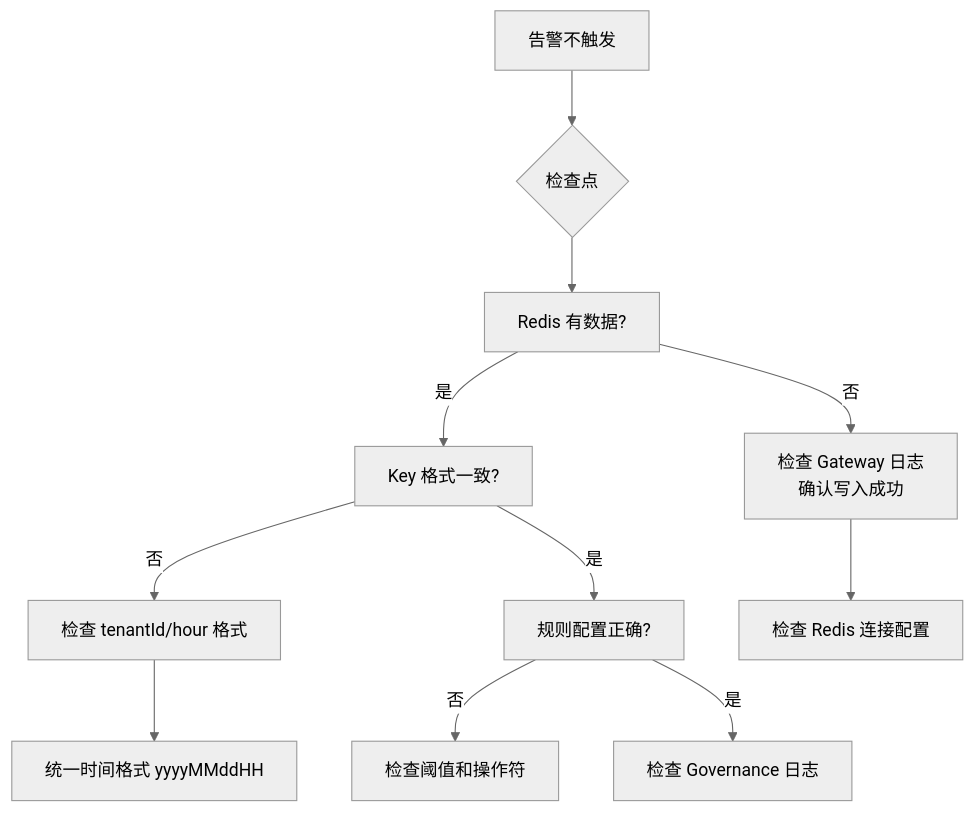
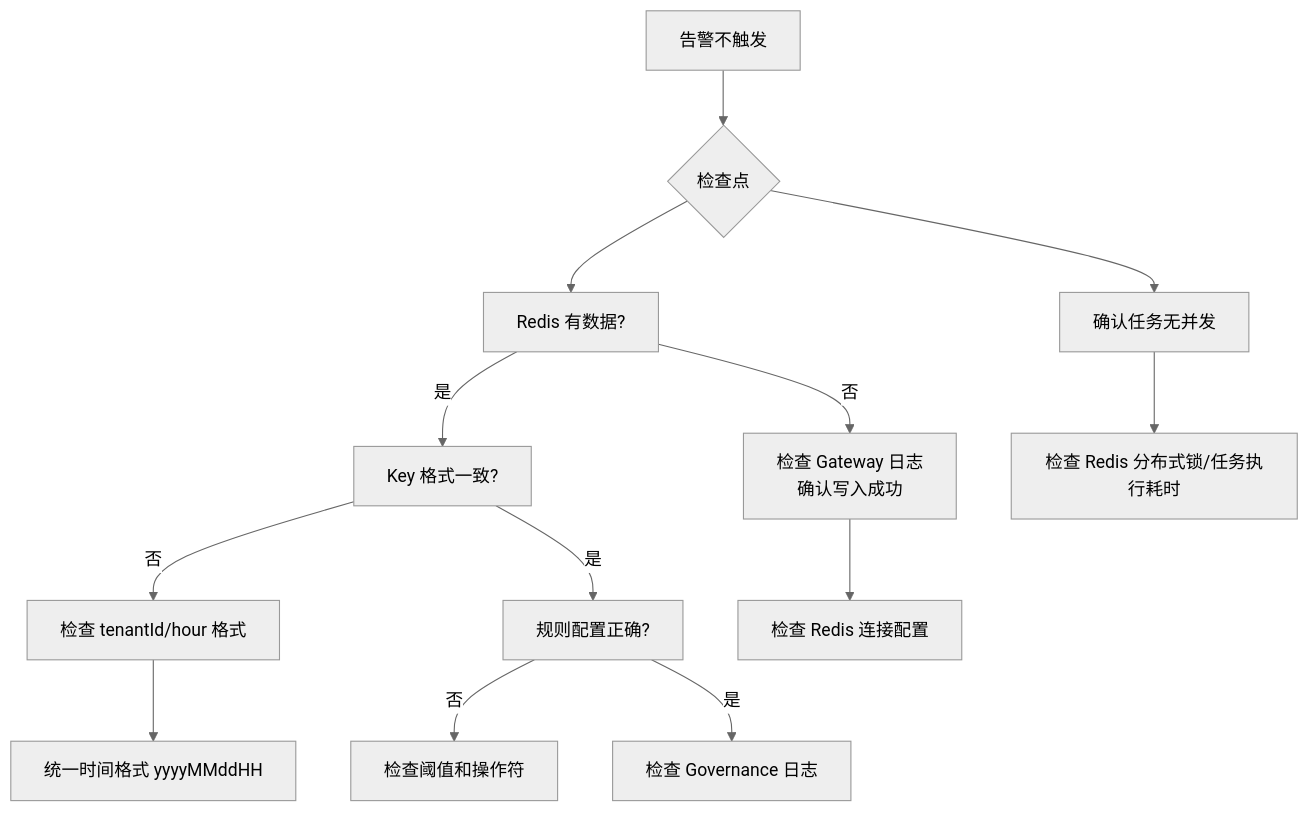
One commit to DevYangJC/intelli_hub changed the tenth of 10 diagrams in docs/告警系统流程说明书.md. Above: the diagram before and after it, drawn with Mermaid (neutral theme). The commit also changed other lines of this file and 59 other files, not shown here.

````diff
--- a/docs/告警系统流程说明书.md
+++ b/docs/告警系统流程说明书.md
@@ -375,17 +462,19 @@
 ```mermaid
 flowchart TD
     A[告警不触发] --> B{检查点}
     
     B --> C[Redis 有数据?]
     C -->|否| D[检查 Gateway 日志<br/>确认写入成功]
     C -->|是| E[Key 格式一致?]
     
     E -->|否| F[检查 tenantId/hour 格式]
     E -->|是| G[规则配置正确?]
     
     G -->|否| H[检查阈值和操作符]
     G -->|是| I[检查 Governance 日志]
     
     D --> J[检查 Redis 连接配置]
     F --> K[统一时间格式 yyyyMMddHH]
+    B --> L[确认任务无并发]
+    L --> M[检查 Redis 分布式锁/任务执行耗时]
 ```
````
